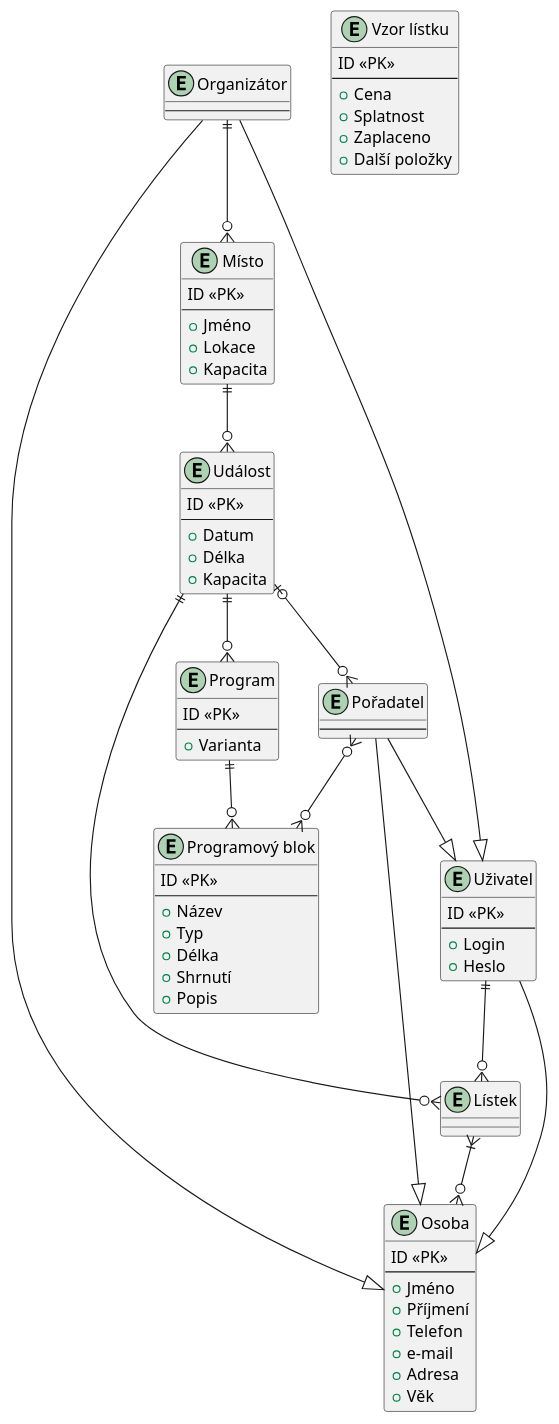
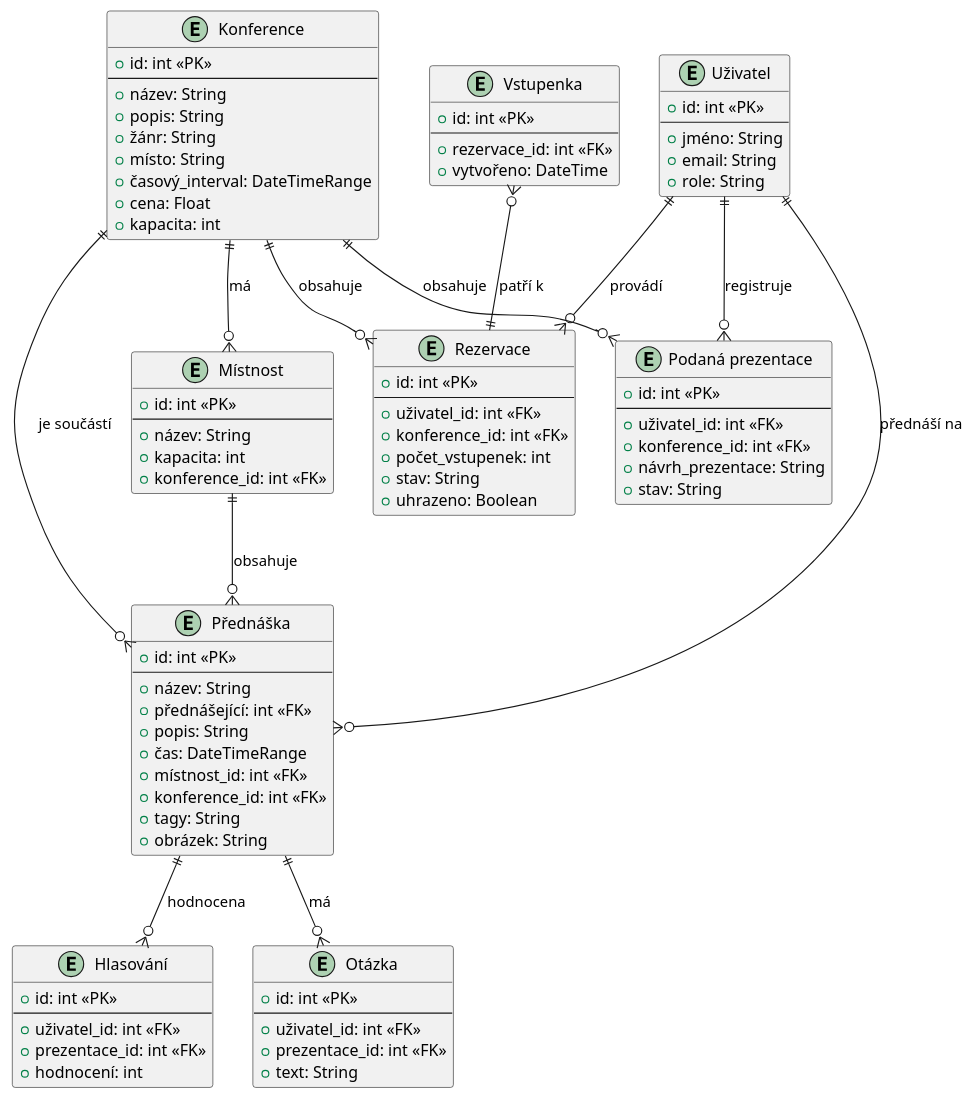
One commit to stahlgit/fit_iis_project changed the diagram in docs/er.puml. Above: the diagram before and after it, drawn with PlantUML. The commit also changed 1 other file, not shown here.

Commit message:
feat: new er diagram

```diff
--- a/docs/er.puml
+++ b/docs/er.puml
@@ -1,91 +1,100 @@
-@startuml erd
+@startuml
 
-entity "Osoba" as osoba {
-	ID <<PK>>
-	---
-	+ Jméno
-	+ Příjmení
-	+ Telefon
-	+ e-mail
-	+ Adresa
-	+ Věk
+entity "Konference" {
+  +id: int <<PK>>
+  ---
+  +název: String
+  +popis: String
+  +žánr: String
+  +místo: String
+  +časový_interval: DateTimeRange
+  +cena: Float
+  +kapacita: int
 }
 
-entity "Organizátor" as org{
-	---
+entity "Místnost" {
+  +id: int <<PK>>
+  ---
+  +název: String
+  +kapacita: int
+  +konference_id: int <<FK>>
 }
 
-entity "Pořadatel" as poradatel {
-	---
+entity "Přednáška" {
+  +id: int <<PK>>
+  ---
+  +název: String
+  +přednášející: int <<FK>>
+  +popis: String
+  +čas: DateTimeRange
+  +místnost_id: int <<FK>>
+  +konference_id: int <<FK>>
+  +tagy: String
+  +obrázek: String
 }
 
-entity "Uživatel" as uzivatel {
-	ID <<PK>>
-	---
-	+ Login
-	+ Heslo
+entity "Uživatel" {
+  +id: int <<PK>>
+  ---
+  +jméno: String
+  +email: String
+  +role: String
 }
 
-entity "Místo" as misto {
-	ID <<PK>>
-	---
-	+ Jméno
-	+ Lokace
-	+ Kapacita
+entity "Rezervace" {
+  +id: int <<PK>>
+  ---
+  +uživatel_id: int <<FK>>
+  +konference_id: int <<FK>>
+  +počet_vstupenek: int
+  +stav: String
+  +uhrazeno: Boolean
 }
 
-entity "Událost" as udalost {
-	ID <<PK>>
-	---
-	+ Datum
-	+ Délka
-	+ Kapacita
+entity "Podaná prezentace" {
+  +id: int <<PK>>
+  ---
+  +uživatel_id: int <<FK>>
+  +konference_id: int <<FK>>
+  +návrh_prezentace: String
+  +stav: String
 }
 
-entity "Program" as prog {
-	ID <<PK>>
-	---
-	+ Varianta
+entity "Vstupenka" {
+  +id: int <<PK>>
+  ---
+  +rezervace_id: int <<FK>>
+  +vytvořeno: DateTime
 }
 
-entity "Programový blok" as progblok {
-	ID <<PK>>
-	---
-	+ Název
-	+ Typ
-	+ Délka
-	+ Shrnutí
-	+ Popis
+entity "Hlasování" {
+  +id: int <<PK>>
+  ---
+  +uživatel_id: int <<FK>>
+  +prezentace_id: int <<FK>>
+  +hodnocení: int
 }
 
-entity "Lístek" as listek {
+entity "Otázka" {
+  +id: int <<PK>>
+  ---
+  +uživatel_id: int <<FK>>
+  +prezentace_id: int <<FK>>
+  +text: String
 }
 
-entity "Vzor lístku" {
-	ID <<PK>>
-	---
-	+ Cena
-	+ Splatnost
-	+ Zaplaceno
-	+ Další položky
-}
+' Kardinality pomocí Crow's Foot notace
 
-org ||--o{ misto
-misto ||--o{ udalost
-udalost ||--o{ prog
-prog ||--o{ progblok
-uzivatel ||--o{ listek
-udalost ||--o{ listek
-udalost |o--o{ poradatel
-
-listek }|--o{ osoba
-poradatel }o--o{ progblok
-
-' generalizace
-org --|> uzivatel
-poradatel --|> uzivatel
-org --|> osoba
-poradatel --|> osoba
-uzivatel --|> osoba
+Uživatel ||--o{ Rezervace : "provádí"
+Konference ||--o{ Rezervace : "obsahuje"
+Uživatel ||--o{ "Podaná prezentace" : "registruje"
+Konference ||--o{ "Podaná prezentace" : "obsahuje"
+Místnost ||--o{ Přednáška : "obsahuje"
+Konference ||--o{ Místnost : "má"
+Přednáška ||--o{ Hlasování : "hodnocena"
+Přednáška ||--o{ Otázka : "má"
+Konference ||--o{ Přednáška : "je součástí"
+Uživatel ||--o{ Přednáška : "přednáší na"
+Vstupenka }o--|| Rezervace : "patří k"
 
 @enduml
```
